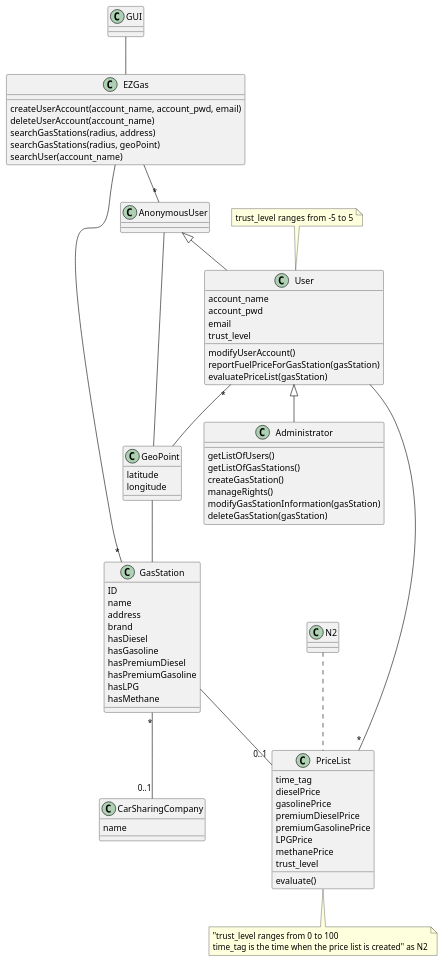
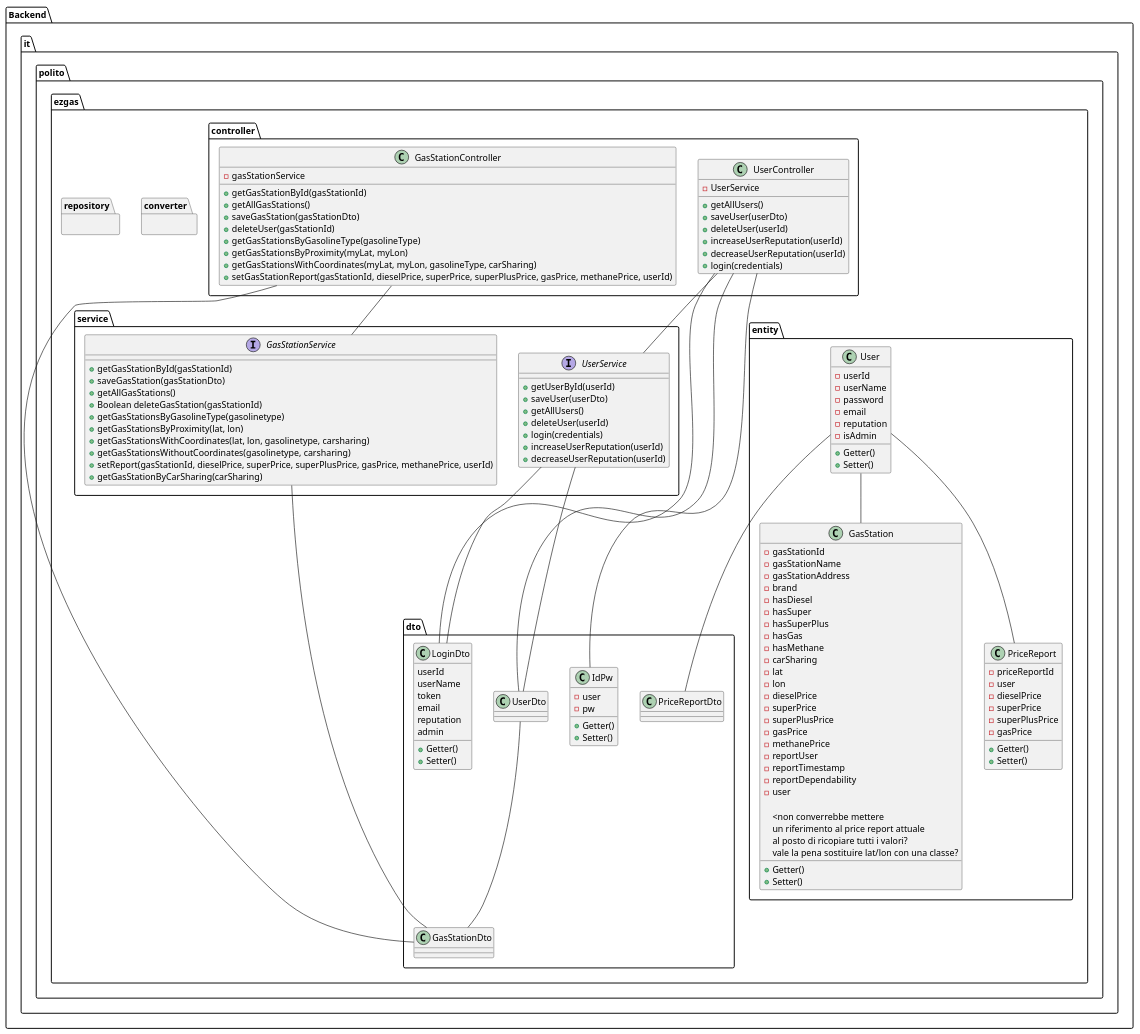
One commit to SE2-group4/SE1-project changed the fourth of 7 diagrams in docs/DesignDocument.md. Above: the diagram before and after it, drawn with PlantUML. The commit also changed other lines of this file, not shown here.

Commit message:
docs: update of DesignDocument

````diff
--- a/docs/DesignDocument.md
+++ b/docs/DesignDocument.md
@@ -225,4 +226,163 @@
 ```plantuml
+package "Backend" {
+
+
+
+package "it.polito.ezgas.converter" {
+
+}
+
+package "it.polito.ezgas.entity" {
+    class GasStation{
+        - gasStationId
+        - gasStationName
+        - gasStationAddress
+        - brand
+        - hasDiesel
+        - hasSuper
+        - hasSuperPlus
+        - hasGas
+        - hasMethane
+        - carSharing
+        - lat
+        - lon
+        - dieselPrice
+        - superPrice
+        - superPlusPrice
+        - gasPrice
+        - methanePrice
+        - reportUser
+        - reportTimestamp
+        - reportDependability
+        - user
+        + Getter()
+        + Setter()
+
+        <non converrebbe mettere
+        un riferimento al price report attuale
+        al posto di ricopiare tutti i valori?
+        vale la pena sostituire lat/lon con una classe?
+    }
+    class User{
+        - userId
+        - userName
+        - password
+        - email
+        - reputation
+        - isAdmin
+        + Getter()
+        + Setter()
+    }
+    class PriceReport{
+        - priceReportId
+        - user
+        - dieselPrice
+        - superPrice
+        - superPlusPrice
+        - gasPrice
+        + Getter()
+        + Setter()
+    }
+
+    User -- PriceReport
+    User -- GasStation
+}
+
+package "it.polito.ezgas.dto" {
+    class IdPw{
+        - user
+        - pw
+        + Getter()
+        + Setter()
+    }
+    class LoginDto{
+        userId
+        userName
+        token
+        email
+        reputation
+        admin
+        + Getter()
+        + Setter()
+    }
+    class UserDto
+    class GasStationDto
+    class PriceReportDto
+
+    User -- PriceReportDto
+    UserDto -- GasStationDto
+}
+
+package "it.polito.ezgas.repository" {
+
+}
+
+package "it.polito.ezgas.service" {
+   interface "GasStationService"{
+       + getGasStationById(gasStationId)
+       + saveGasStation(gasStationDto)
+       + getAllGasStations()
+       + Boolean deleteGasStation(gasStationId)
+       + getGasStationsByGasolineType(gasolinetype)
+       + getGasStationsByProximity(lat, lon)
+       + getGasStationsWithCoordinates(lat, lon, gasolinetype, carsharing)
+       + getGasStationsWithoutCoordinates(gasolinetype, carsharing)
+       + setReport(gasStationId, dieselPrice, superPrice, superPlusPrice, gasPrice, methanePrice, userId)
+       + getGasStationByCarSharing(carSharing)
+   }
+   interface "UserService" {
+       + getUserById(userId)
+       + saveUser(userDto)
+       + getAllUsers()
+       + deleteUser(userId)
+       + login(credentials)
+       + increaseUserReputation(userId)
+       + decreaseUserReputation(userId)
+   }
+
+   UserService -- LoginDto
+   UserService -- UserDto
+   GasStationService - GasStationDto
+}
+
+package "it.polito.ezgas.controller" {
+    class GasStationController{
+        - gasStationService
+        + getGasStationById(gasStationId)
+        + getAllGasStations()
+        + saveGasStation(gasStationDto)
+        + deleteUser(gasStationId)
+        + getGasStationsByGasolineType(gasolineType)
+        + getGasStationsByProximity(myLat, myLon)
+        + getGasStationsWithCoordinates(myLat, myLon, gasolineType, carSharing)
+        + setGasStationReport(gasStationId, dieselPrice, superPrice, superPlusPrice, gasPrice, methanePrice, userId)
+    }
+
+    class UserController{
+        - UserService
+        + getAllUsers()
+        + saveUser(userDto)
+        + deleteUser(userId)
+        + increaseUserReputation(userId)
+        + decreaseUserReputation(userId)
+        + login(credentials)
+    }
+
+    GasStationController -- GasStationService
+    GasStationController -- GasStationDto
+    UserController -- IdPw
+    UserController -- LoginDto
+    UserController -- UserDto
+    UserController -- UserService
+}
+
+
+}
+
+
+
+
+/'
 class EZGas {
     createUserAccount(account_name, account_pwd, email)
     deleteUserAccount(account_name)
@@ -296,5 +456,5 @@
 User -- "*" PriceList
 User "*" -- GeoPoint
 GeoPoint -- GasStation
-
+'/
 ```
````
